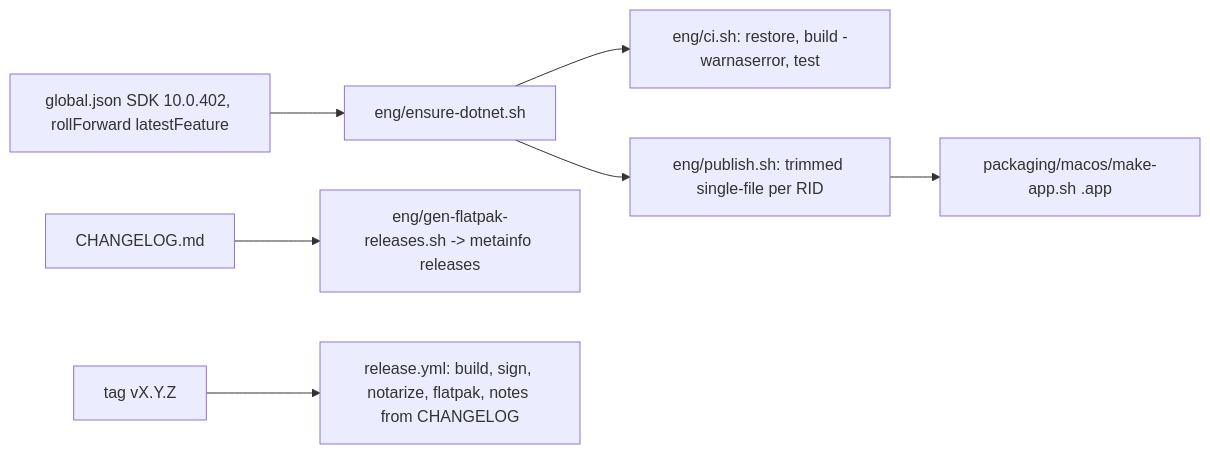
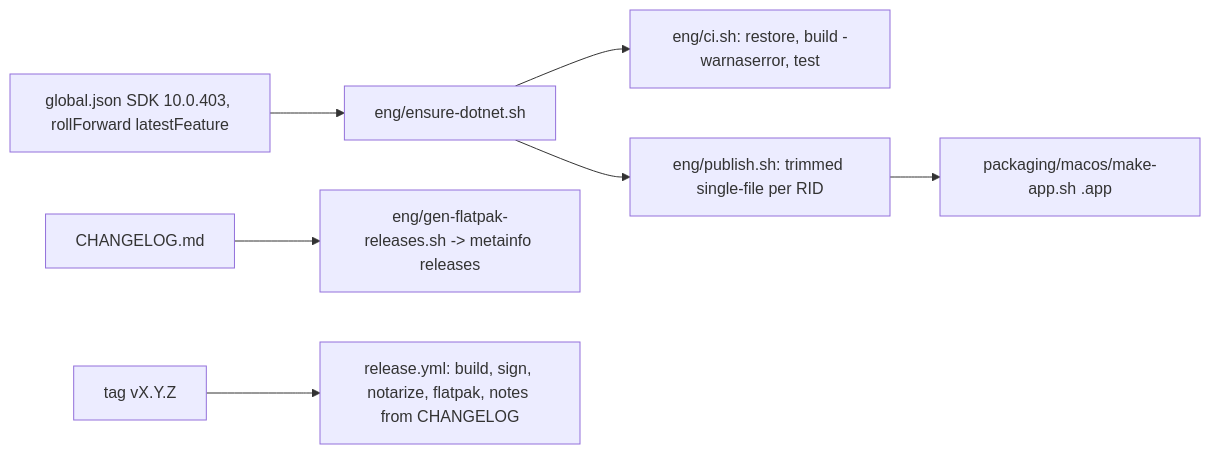
Before and after one commit to jfryman/flashkit-md-dotnet: the diagram in lode/build/toolchain.md, drawn with Mermaid.

Commit message:
lode: record SDK 10.0.403 pin

````diff
--- a/lode/build/toolchain.md
+++ b/lode/build/toolchain.md
@@ -3,9 +3,9 @@
 ```mermaid
 flowchart LR
-  G[global.json SDK 10.0.402, rollForward latestFeature] --> E[eng/ensure-dotnet.sh]
+  G[global.json SDK 10.0.403, rollForward latestFeature] --> E[eng/ensure-dotnet.sh]
   E --> CI[eng/ci.sh: restore, build -warnaserror, test]
   E --> PUB[eng/publish.sh: trimmed single-file per RID]
   PUB --> APP[packaging/macos/make-app.sh .app]
   CHG[CHANGELOG.md] --> FP[eng/gen-flatpak-releases.sh -> metainfo releases]
   TAG[tag vX.Y.Z] --> REL[release.yml: build, sign, notarize, flatpak, notes from CHANGELOG]
 ```
````
